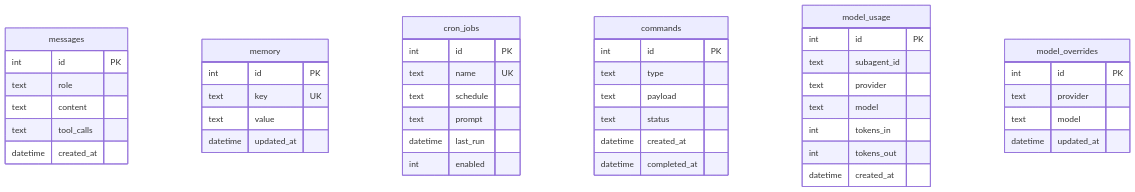
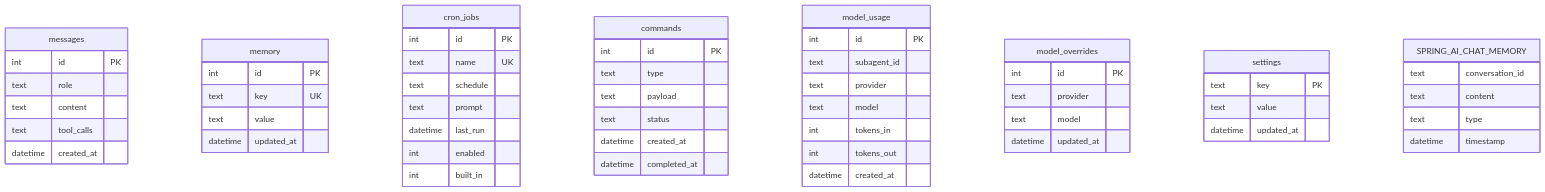
Before and after one commit to dbbaskette/herald: the fourth of 4 diagrams in README.md, drawn with Mermaid. The commit also changed other lines of this file, not shown here.

First line of the commit message:
Enhance README: skills section, shell security, model switching, schema updates

````diff
--- a/README.md
+++ b/README.md
@@ -347,47 +397,59 @@
 ```mermaid
 erDiagram
     messages {
         int id PK
         text role
         text content
         text tool_calls
         datetime created_at
     }
     memory {
         int id PK
         text key UK
         text value
         datetime updated_at
     }
     cron_jobs {
         int id PK
         text name UK
         text schedule
         text prompt
         datetime last_run
         int enabled
+        int built_in
     }
     commands {
         int id PK
         text type
         text payload
         text status
         datetime created_at
         datetime completed_at
     }
     model_usage {
         int id PK
         text subagent_id
         text provider
         text model
         int tokens_in
         int tokens_out
         datetime created_at
     }
     model_overrides {
         int id PK
         text provider
         text model
         datetime updated_at
     }
+    settings {
+        text key PK
+        text value
+        datetime updated_at
+    }
+    SPRING_AI_CHAT_MEMORY {
+        text conversation_id
+        text content
+        text type
+        datetime timestamp
+    }
 ```
````
